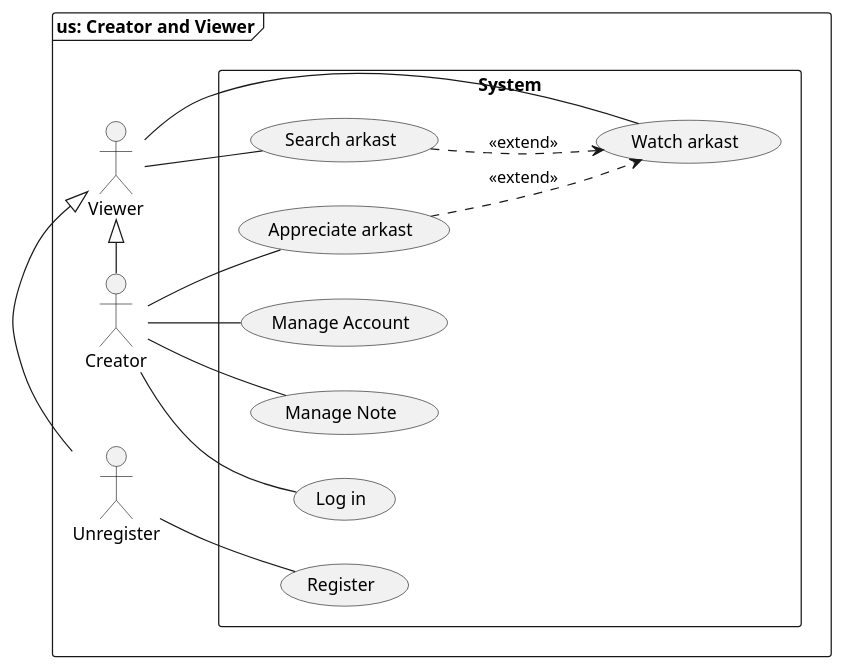
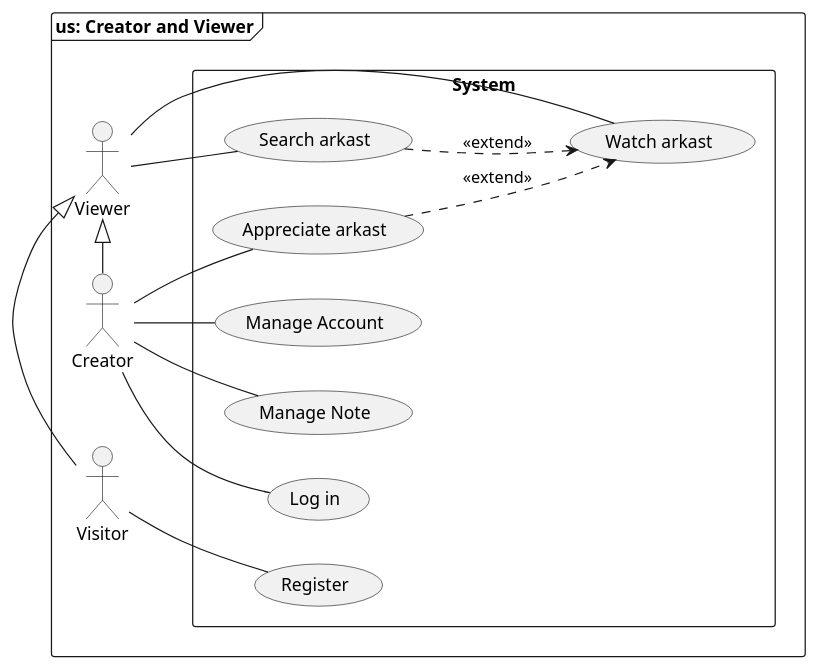
One commit to SSMM0498/arkad-conception changed the diagram in models/1.UseCase/1.UseCase.puml. Above: the diagram before and after it, drawn with PlantUML. The commit also changed 2 other files, not shown here.

Commit message:
impl : recorder stat diagram

```diff
--- a/models/1.UseCase/1.UseCase.puml
+++ b/models/1.UseCase/1.UseCase.puml
@@ -1,37 +1,36 @@
 @startuml UseCase
 left to right direction
 skinparam shadowing false
 skinparam monochrome true
 
 frame "us: Creator and Viewer" {
     actor Viewer
     actor Creator
-    actor Unregister
+    actor Visitor
 
     Viewer <|-left- Creator
-    Unregister -right-|> Viewer
+    Visitor -right-|> Viewer
 
     rectangle System {
         (Log in)
         (Manage Note)
         (Manage Account)
         (Appreciate arkast)
         (Search arkast)
         (Watch arkast)
         (Register)
-
     }
     
     (Search arkast) .down.> (Watch arkast) : <<extend>>
     (Watch arkast) <.up. (Appreciate arkast) : <<extend>>
     
     :Creator: -- (Log in)
     :Creator: -- (Manage Note)
     :Creator: -- (Manage Account)
     :Creator: -- (Appreciate arkast)
     :Viewer: -- (Watch arkast)
     :Viewer: -- (Search arkast)
-    :Unregister: -- (Register)
+    :Visitor: -- (Register)
 }
 
 @enduml
```
